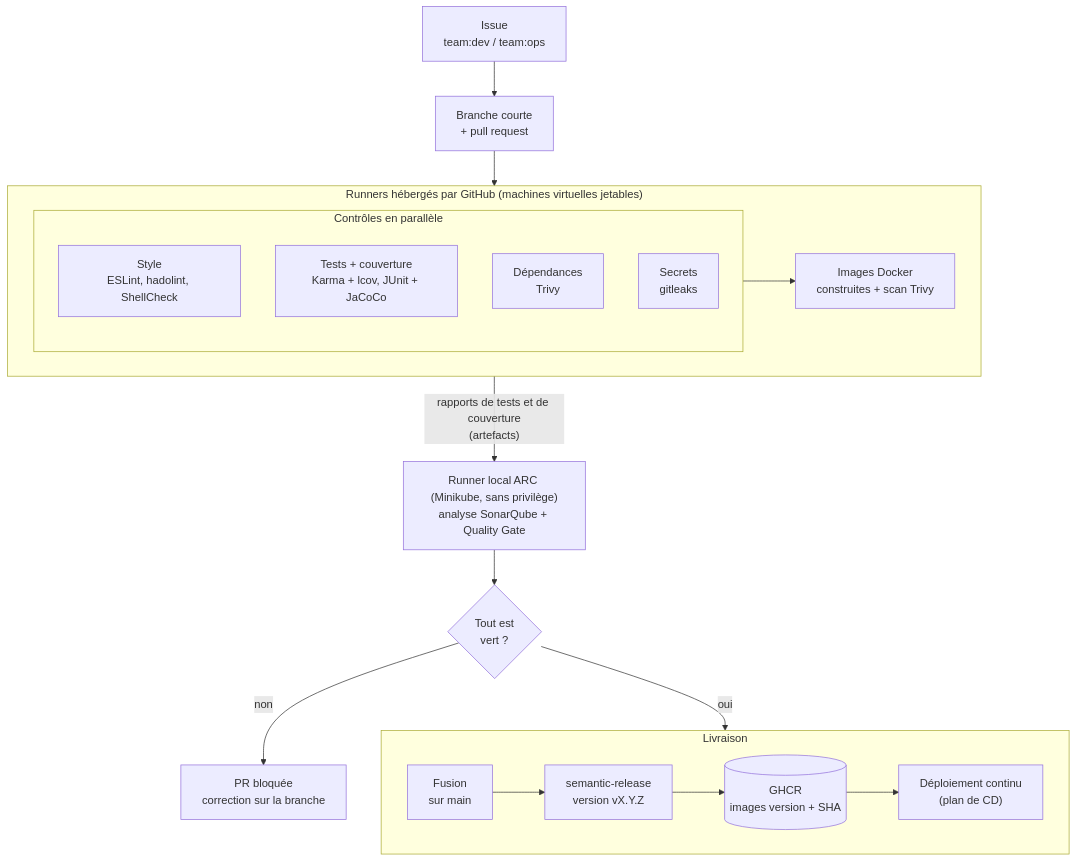
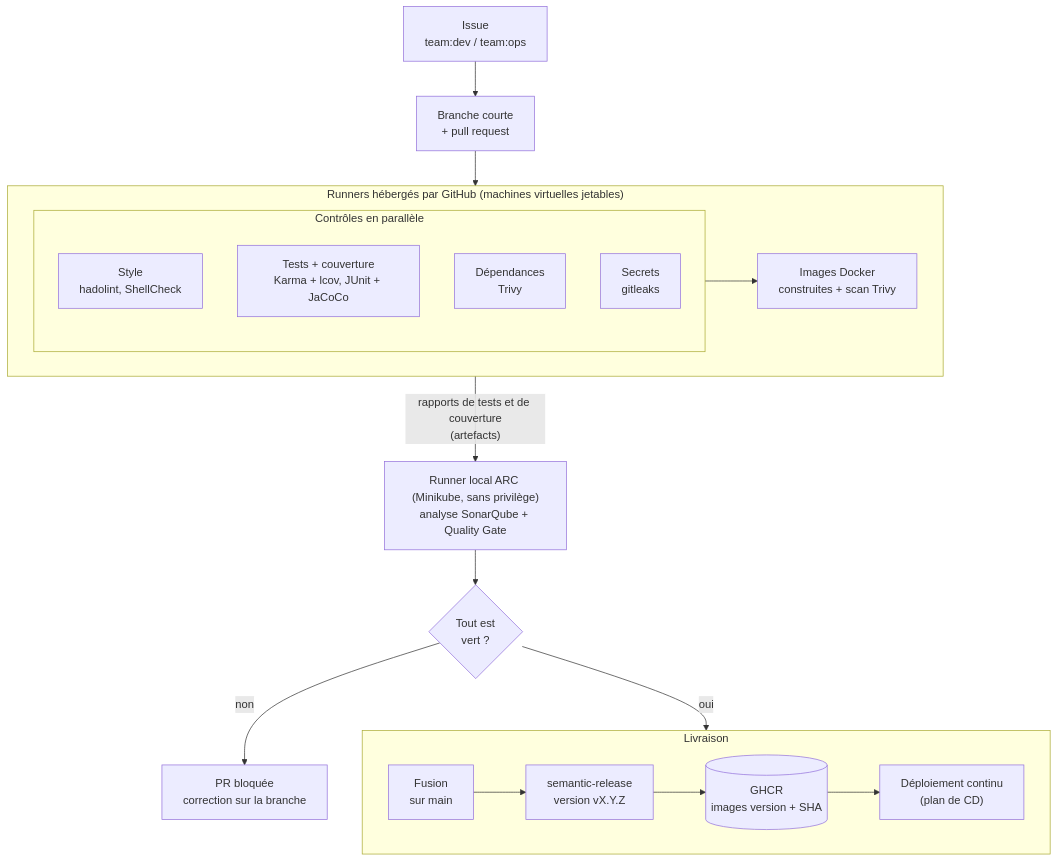
Before and after one commit to yohanbouchet/orion: the second of 2 diagrams in docs/02-normalisation-plan-ci.md, drawn with Mermaid. The commit also changed other lines of this file and 7 other files, not shown here.

````diff
--- a/docs/02-normalisation-plan-ci.md
+++ b/docs/02-normalisation-plan-ci.md
@@ -202,28 +202,28 @@
 ```mermaid
 flowchart TB
     issue["Issue<br/>team:dev / team:ops"] --> pr["Branche courte<br/>+ pull request"]
     pr --> hosted
     subgraph hosted["Runners hébergés par GitHub (machines virtuelles jetables)"]
         direction LR
         subgraph checks["Contrôles en parallèle"]
             direction TB
-            lint["Style<br/>ESLint, hadolint, ShellCheck"]
+            lint["Style<br/>hadolint, ShellCheck"]
             tests["Tests + couverture<br/>Karma + lcov, JUnit + JaCoCo"]
             sca["Dépendances<br/>Trivy"]
             secrets["Secrets<br/>gitleaks"]
         end
         img["Images Docker<br/>construites + scan Trivy"]
         checks --> img
     end
     hosted -->|"rapports de tests et de couverture<br/>(artefacts)"| qg
     qg["Runner local ARC (Minikube, sans privilège)<br/>analyse SonarQube + Quality Gate"]
     qg --> ok{"Tout est<br/>vert ?"}
     ok -->|non| bloque["PR bloquée<br/>correction sur la branche"]
     ok -->|oui| livraison
     subgraph livraison["Livraison"]
         direction LR
         merge["Fusion<br/>sur main"] --> rel["semantic-release<br/>version vX.Y.Z"]
         rel --> reg[("GHCR<br/>images version + SHA")]
         reg --> cd["Déploiement continu<br/>(plan de CD)"]
     end
 ```
````
